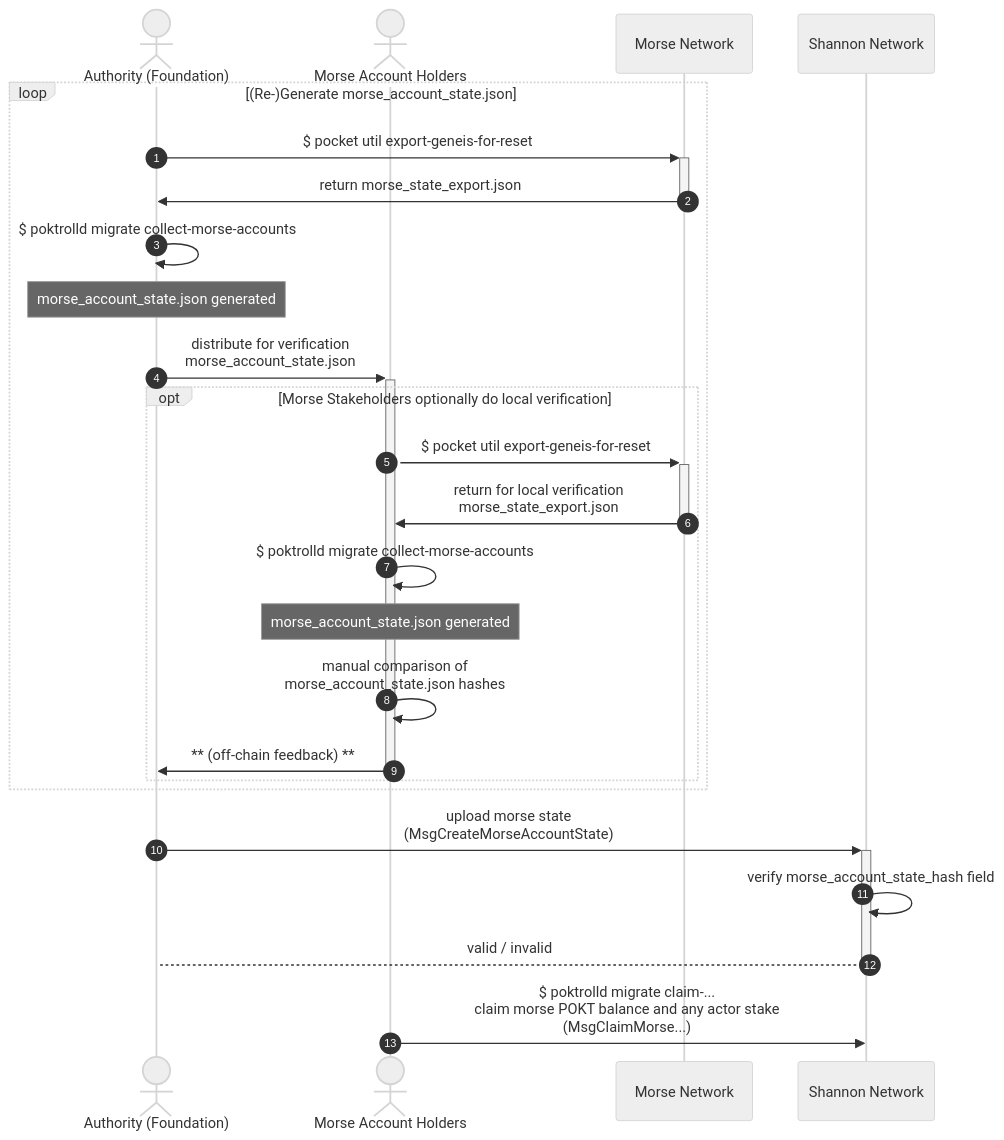
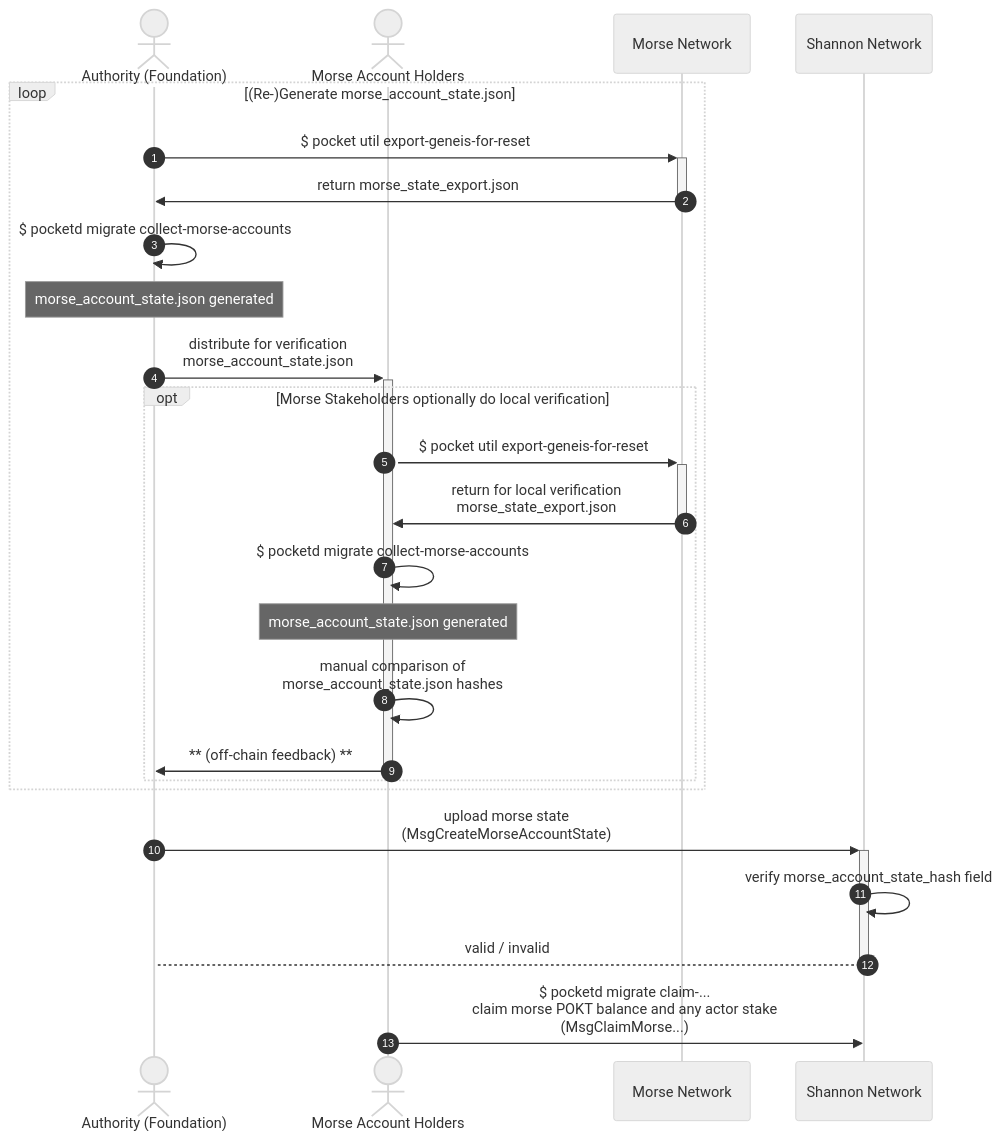
The first of 2 diagrams in docusaurus/docs/operate/morse_migration/overview.md (pokt-network/poktroll), drawn with Mermaid (neutral theme) before and after one commit. The commit also changed other lines of this file and 399 other files, not shown here.

````diff
--- a/docusaurus/docs/operate/morse_migration/overview.md
+++ b/docusaurus/docs/operate/morse_migration/overview.md
@@ -83,31 +83,31 @@
 ```mermaid
 sequenceDiagram
     autonumber
     actor A as Authority (Foundation)
     actor MA as Morse Account Holders
     participant MN as Morse Network
     participant SN as Shannon Network
 
     loop (Re-)Generate morse_account_state.json
         A ->>+ MN: $ pocket util export-geneis-for-reset
         MN ->>- A: return morse_state_export.json
-        A ->> A: $ poktrolld migrate collect-morse-accounts
+        A ->> A: $ pocketd migrate collect-morse-accounts
         note over A: morse_account_state.json generated
         A ->>+ MA: distribute for verification <br> morse_account_state.json
 
         opt Morse Stakeholders optionally do local verification
             MA ->>+ MN: $ pocket util export-geneis-for-reset
             MN ->>- MA: return for local verification <br> morse_state_export.json
-            MA ->> MA: $ poktrolld migrate collect-morse-accounts
+            MA ->> MA: $ pocketd migrate collect-morse-accounts
             note over MA: morse_account_state.json generated
             MA ->> MA: manual comparison of <br> morse_account_state.json hashes
             MA ->>- A: ** (off-chain feedback) **
         end
 
     end
 
     A ->>+ SN: upload morse state<br/>(MsgCreateMorseAccountState)
     SN ->> SN: verify morse_account_state_hash field
     SN -->- A: valid / invalid
-    MA ->> SN: $ poktrolld migrate claim-...<br/>claim morse POKT balance and any actor stake<br/>(MsgClaimMorse...)
+    MA ->> SN: $ pocketd migrate claim-...<br/>claim morse POKT balance and any actor stake<br/>(MsgClaimMorse...)
 ```
````
